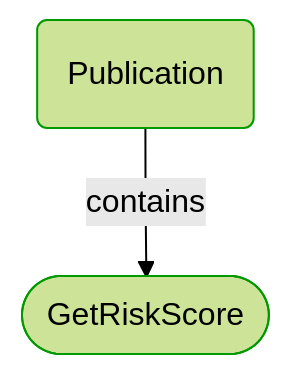
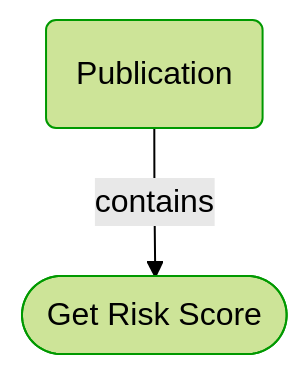
Before and after one commit to itlibrium/DDD-starter-dotnet: the third of 3 diagrams in Docs/P3/MermaidOutput/Domain/Concepts/RiskManagement/Publication/Publication.md, drawn with Mermaid (forest theme). The commit also changed other lines of this file and 51 other files, not shown here.

````diff
--- a/Docs/P3/MermaidOutput/Domain/Concepts/RiskManagement/Publication/Publication.md
+++ b/Docs/P3/MermaidOutput/Domain/Concepts/RiskManagement/Publication/Publication.md
@@ -53,11 +53,11 @@
 ```mermaid
   flowchart TB
     0(Publication)
     class 0 DomainPerspective
-    1([GetRiskScore])
+    1([Get Risk Score])
     class 1 DomainPerspective
     0-->|contains|1
     classDef DomainPerspective stroke:#009900
     classDef TechnologyPerspective stroke:#1F41EB
     classDef PeoplePerspective stroke:#FFF014
 ```
````
